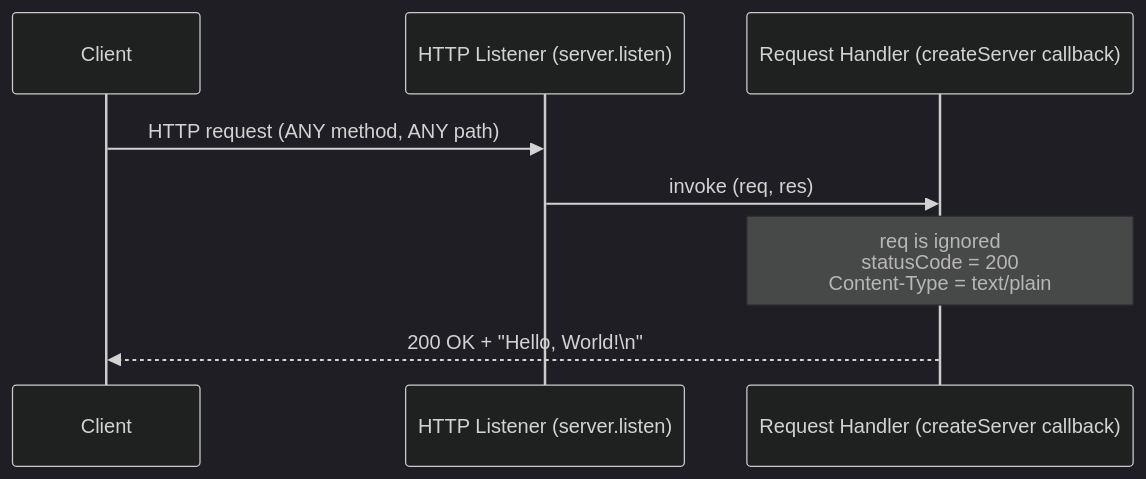
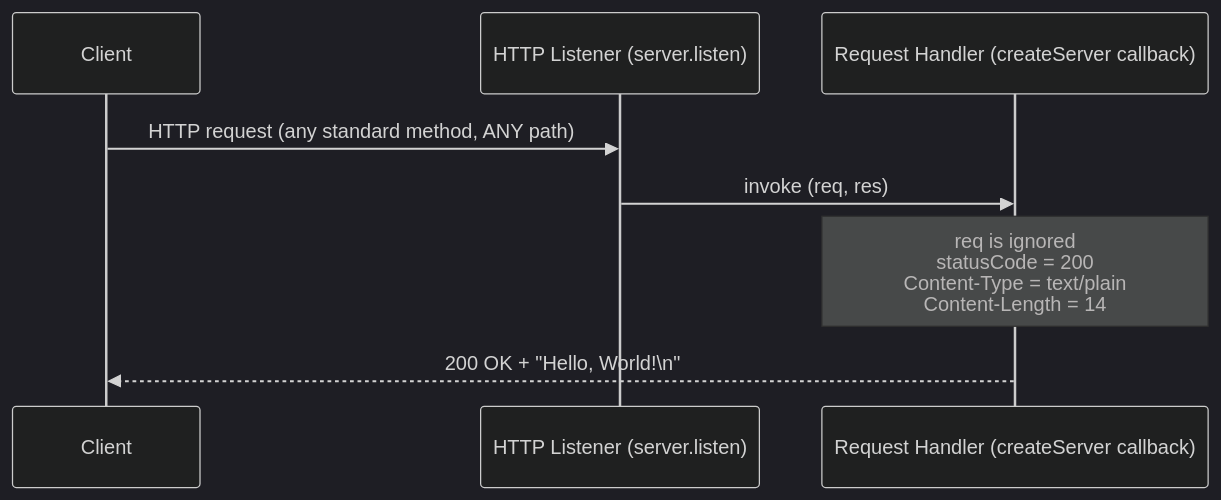
One commit to lakshya-blitzy/march_repo_hello_world changed the first of 2 diagrams in README.md. Above: the diagram before and after it, drawn with Mermaid (dark theme). The commit also changed other lines of this file and 1 other file, not shown here.

First line of the commit message:
fix(server): send explicit Content-Length on all responses incl HEAD; sync docs

````diff
--- a/README.md
+++ b/README.md
@@ -147,10 +177,10 @@
 ```mermaid
 sequenceDiagram
     participant Client
     participant Listener as HTTP Listener (server.listen)
     participant Handler as Request Handler (createServer callback)
-    Client->>Listener: HTTP request (ANY method, ANY path)
+    Client->>Listener: HTTP request (any standard method, ANY path)
     Listener->>Handler: invoke (req, res)
-    Note over Handler: req is ignored<br/>statusCode = 200<br/>Content-Type = text/plain
+    Note over Handler: req is ignored<br/>statusCode = 200<br/>Content-Type = text/plain<br/>Content-Length = 14
     Handler-->>Client: 200 OK + "Hello, World!\n"
 ```
````
